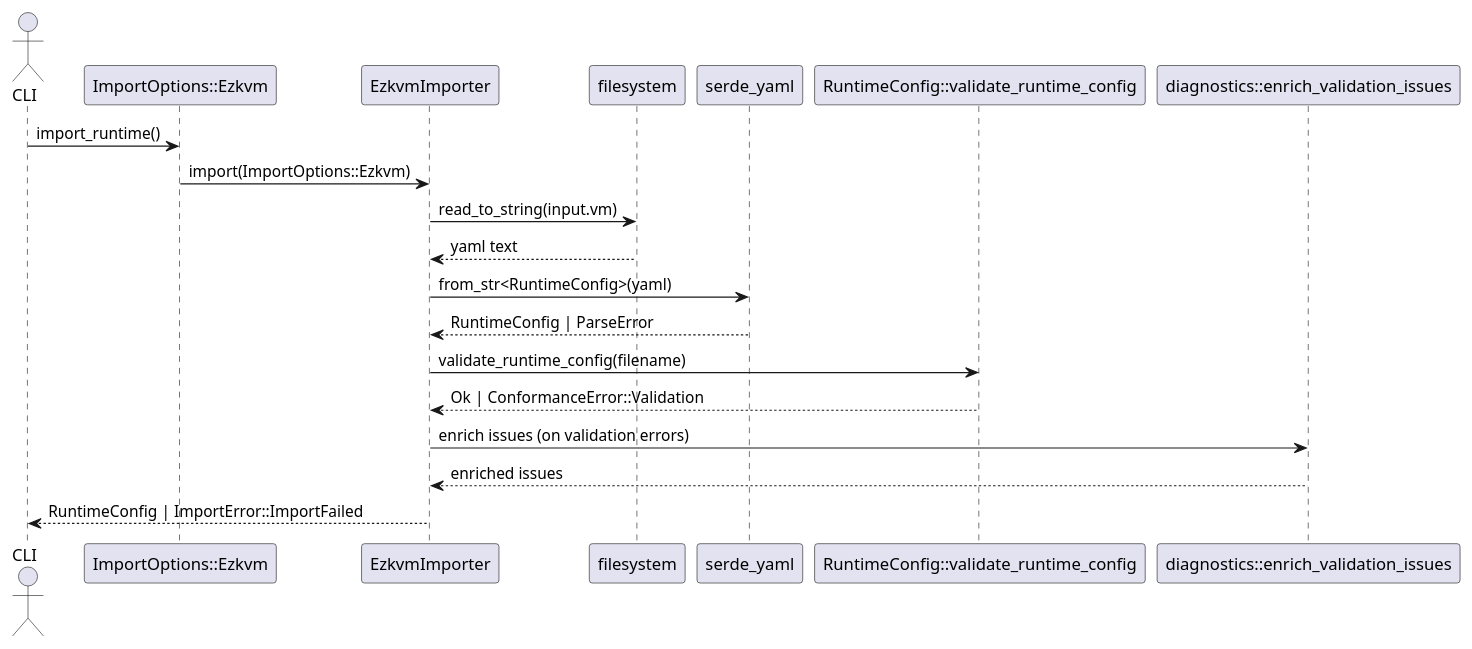
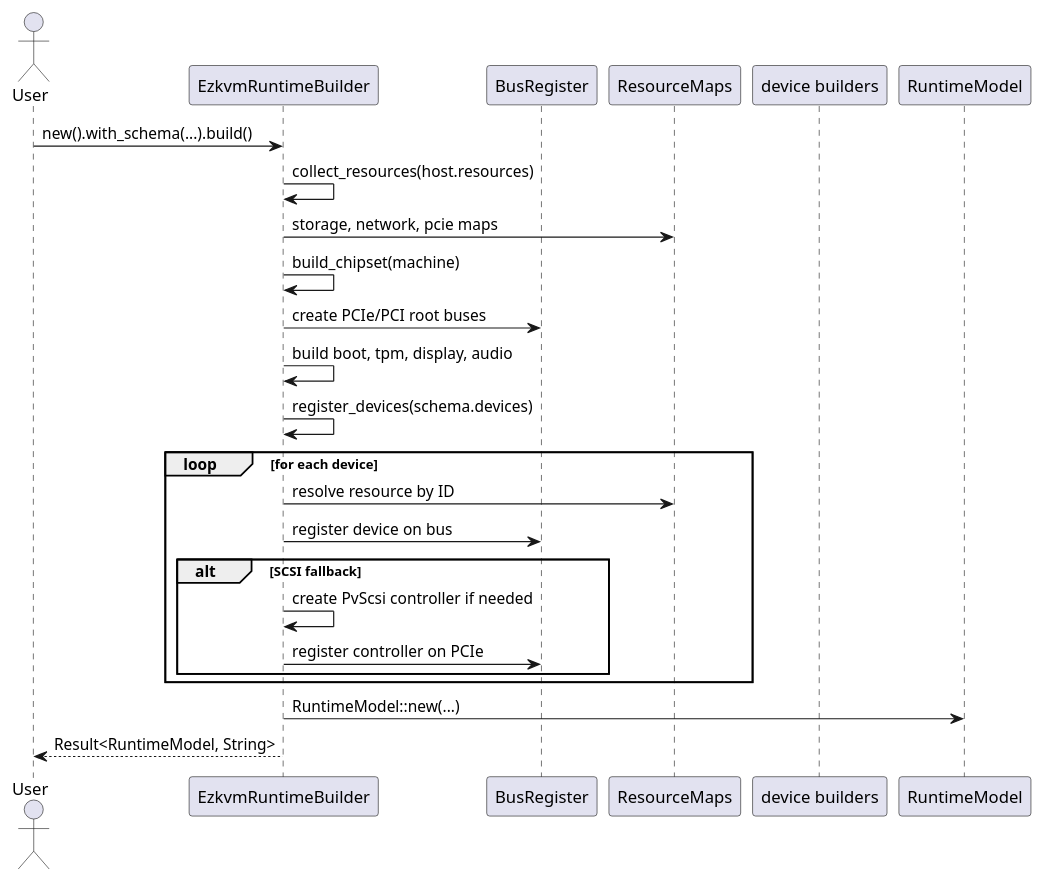
Before and after one commit to hurenkam/ezkvm: the second of 4 diagrams in src/config_format/ezkvm/README.md, drawn with PlantUML. The commit also changed other lines of this file and 60 other files, not shown here.

````diff
--- a/src/config_format/ezkvm/README.md
+++ b/src/config_format/ezkvm/README.md
@@ -186,23 +279,28 @@
 ```plantuml
 @startuml
-actor CLI
-participant "ImportOptions::Ezkvm" as Opt
-participant "EzkvmImporter" as Importer
-participant "filesystem" as FS
-participant "serde_yaml" as Serde
-participant "RuntimeConfig::validate_runtime_config" as Validate
-participant "diagnostics::enrich_validation_issues" as Diag
+actor User
+participant "EzkvmRuntimeBuilder" as Builder
+participant "BusRegister" as Bus
+participant "ResourceMaps" as Resources
+participant "device builders" as DevBuilders
+participant "RuntimeModel" as Runtime
 
-CLI -> Opt : import_runtime()
-Opt -> Importer : import(ImportOptions::Ezkvm)
-Importer -> FS : read_to_string(input.vm)
-FS --> Importer : yaml text
-Importer -> Serde : from_str<RuntimeConfig>(yaml)
-Serde --> Importer : RuntimeConfig | ParseError
-Importer -> Validate : validate_runtime_config(filename)
-Validate --> Importer : Ok | ConformanceError::Validation
-Importer -> Diag : enrich issues (on validation errors)
-Diag --> Importer : enriched issues
-Importer --> CLI : RuntimeConfig | ImportError::ImportFailed
+User -> Builder : new().with_schema(...).build()
+Builder -> Builder : collect_resources(host.resources)
+Builder -> Resources : storage, network, pcie maps
+Builder -> Builder : build_chipset(machine)
+Builder -> Bus : create PCIe/PCI root buses
+Builder -> Builder : build boot, tpm, display, audio
+Builder -> Builder : register_devices(schema.devices)
+loop for each device
+  Builder -> Resources : resolve resource by ID
+  Builder -> Bus : register device on bus
+  alt SCSI fallback
+    Builder -> Builder : create PvScsi controller if needed
+    Builder -> Bus : register controller on PCIe
+  end
+end
+Builder -> Runtime : RuntimeModel::new(...)
+Builder --> User : Result<RuntimeModel, String>
 @enduml
 ```
````
